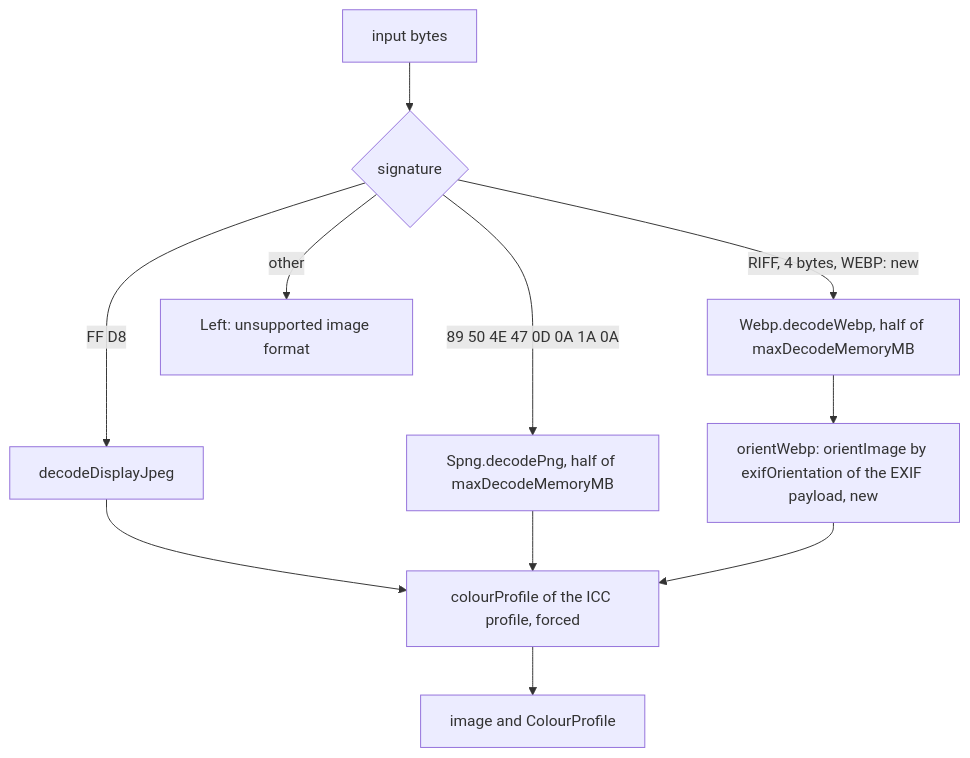
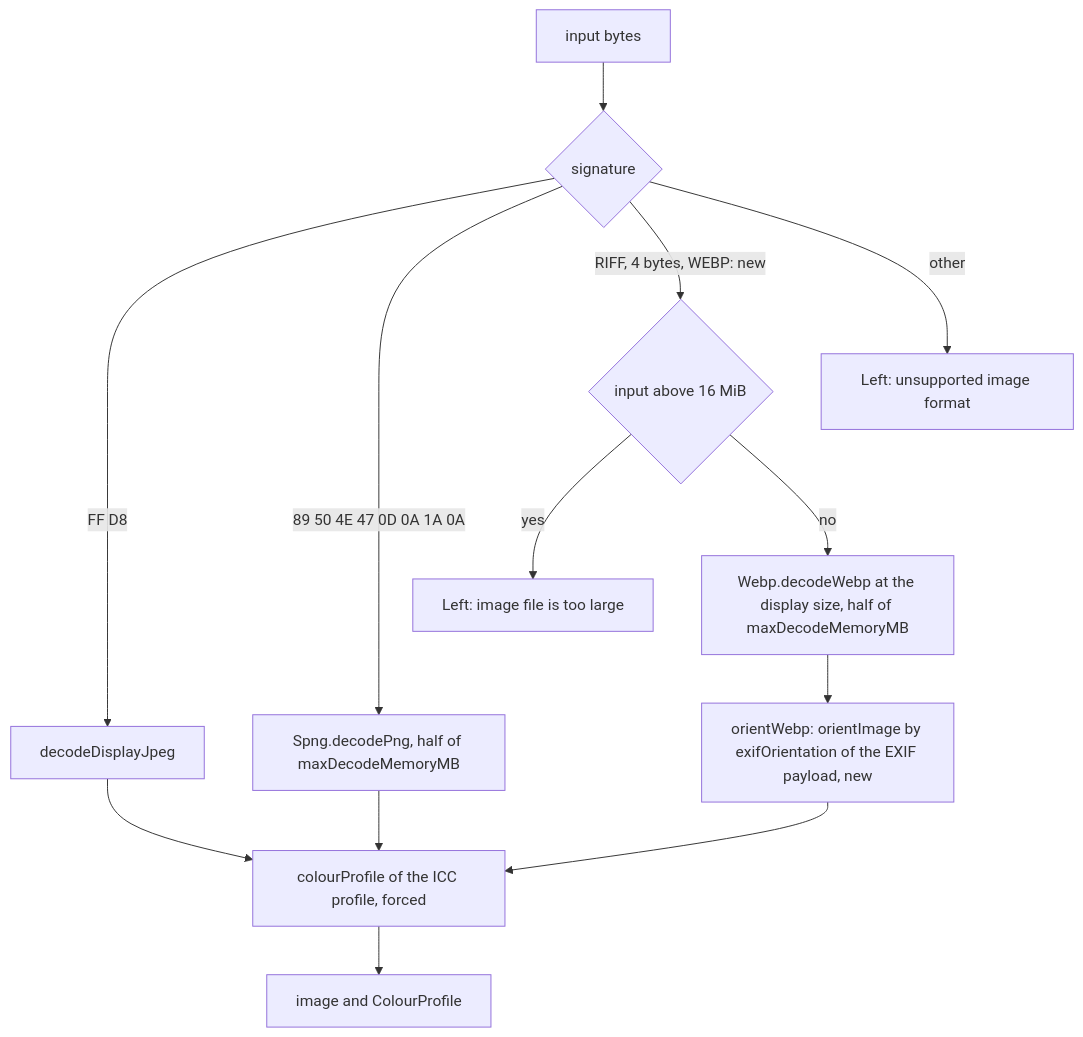
Before and after one commit to simplex-chat/simplex-chat: the third of 6 diagrams in plans/2026-11-22-core-webp-decoding.md, drawn with Mermaid. The commit also changed other lines of this file, not shown here.

````diff
--- a/plans/2026-11-22-core-webp-decoding.md
+++ b/plans/2026-11-22-core-webp-decoding.md
@@ -193,13 +145,15 @@
 ```mermaid
 flowchart TD
   IN["input bytes"] --> SIG{"signature"}
   SIG -->|"FF D8"| JPEG["decodeDisplayJpeg"]
   SIG -->|"89 50 4E 47 0D 0A 1A 0A"| PNG["Spng.decodePng, half of maxDecodeMemoryMB"]
-  SIG -->|"RIFF, 4 bytes, WEBP: new"| WEBP["Webp.decodeWebp, half of maxDecodeMemoryMB"]
+  SIG -->|"RIFF, 4 bytes, WEBP: new"| SIZE{"input above 16 MiB"}
+  SIZE -->|yes| BIG["Left: image file is too large"]
+  SIZE -->|no| WEBP["Webp.decodeWebp at the display size, half of maxDecodeMemoryMB"]
   SIG -->|other| ERR["Left: unsupported image format"]
   JPEG --> CP["colourProfile of the ICC profile, forced"]
   PNG --> CP
   WEBP --> OR["orientWebp: orientImage by exifOrientation of the EXIF payload, new"]
   OR --> CP
   CP --> OUT["image and ColourProfile"]
 ```
````
